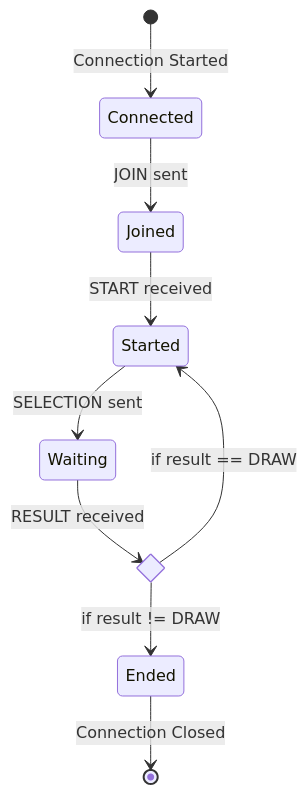
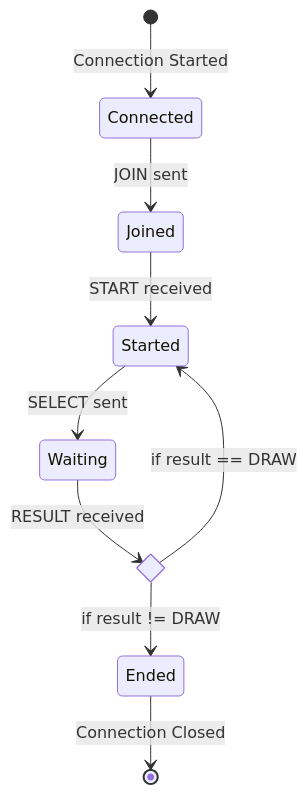
Before and after one commit to toivjon/go-rps: the second of 2 diagrams in README.md, drawn with Mermaid.

Commit message:
Fix for the previous commit.

````diff
--- a/README.md
+++ b/README.md
@@ -91,19 +91,19 @@
 ```mermaid
 stateDiagram-v2
   s1 : Connected
   s2 : Joined
   s3 : Started
   s4 : Waiting
   s5 : Ended
 
   state ss <<choice>>
 
   [*] --> s1 : Connection Started
   s1 --> s2  : JOIN sent
   s2 --> s3  : START received
-  s3 --> s4  : SELECTION sent
+  s3 --> s4  : SELECT sent
   s4 --> ss  : RESULT received
   ss --> s5  : if result != DRAW
   ss --> s3  : if result == DRAW
   s5 --> [*] : Connection Closed
 ```
````
